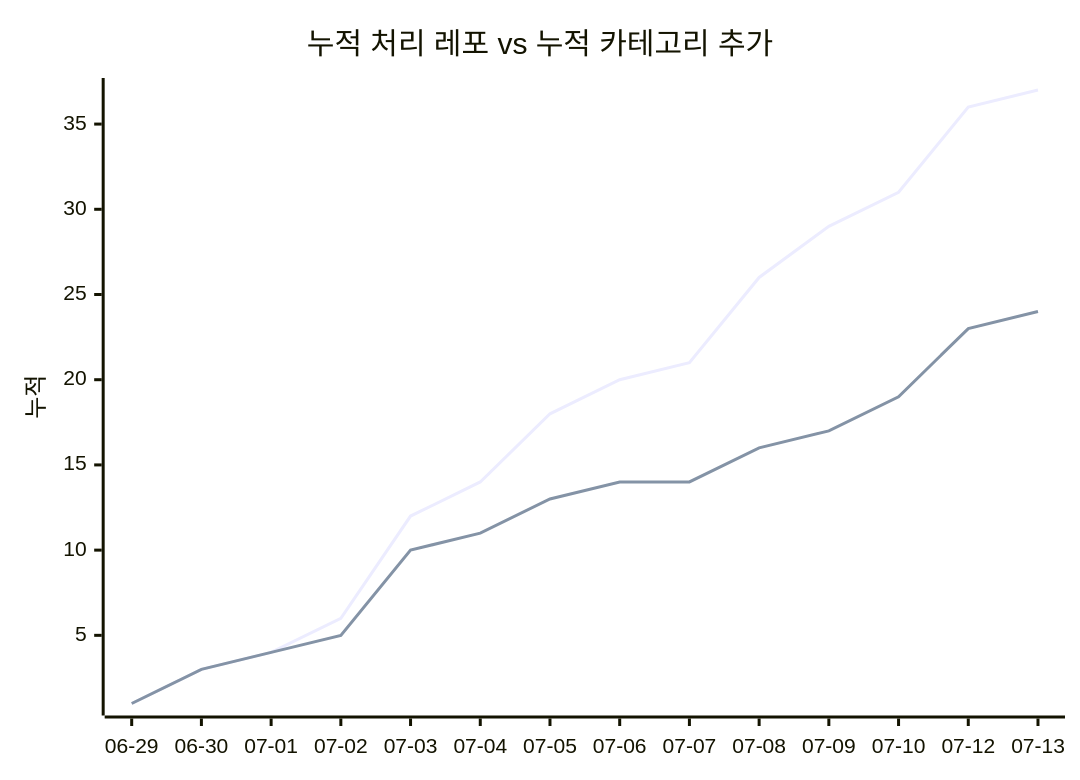
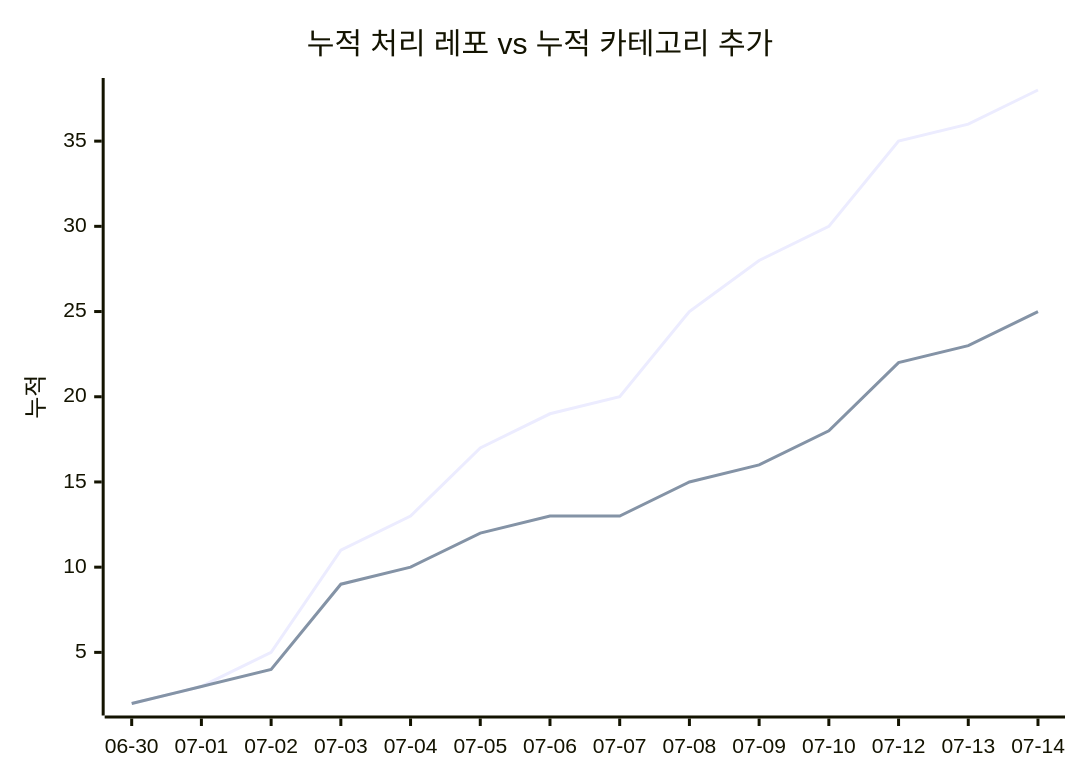
Before and after one commit to J-nowcow/awesome-korean-agent-skills: the second of 2 diagrams in docs/trends.md, drawn with Mermaid. The commit also changed other lines of this file and 5 other files, not shown here.

````diff
--- a/docs/trends.md
+++ b/docs/trends.md
@@ -68,8 +68,8 @@
 ```mermaid
 xychart-beta
     title "누적 처리 레포 vs 누적 카테고리 추가"
-    x-axis ["06-29","06-30","07-01","07-02","07-03","07-04","07-05","07-06","07-07","07-08","07-09","07-10","07-12","07-13"]
+    x-axis ["06-30","07-01","07-02","07-03","07-04","07-05","07-06","07-07","07-08","07-09","07-10","07-12","07-13","07-14"]
     y-axis "누적"
-    line [1,3,4,6,12,14,18,20,21,26,29,31,36,37]
-    line [1,3,4,5,10,11,13,14,14,16,17,19,23,24]
+    line [2,3,5,11,13,17,19,20,25,28,30,35,36,38]
+    line [2,3,4,9,10,12,13,13,15,16,18,22,23,25]
 ```
````
